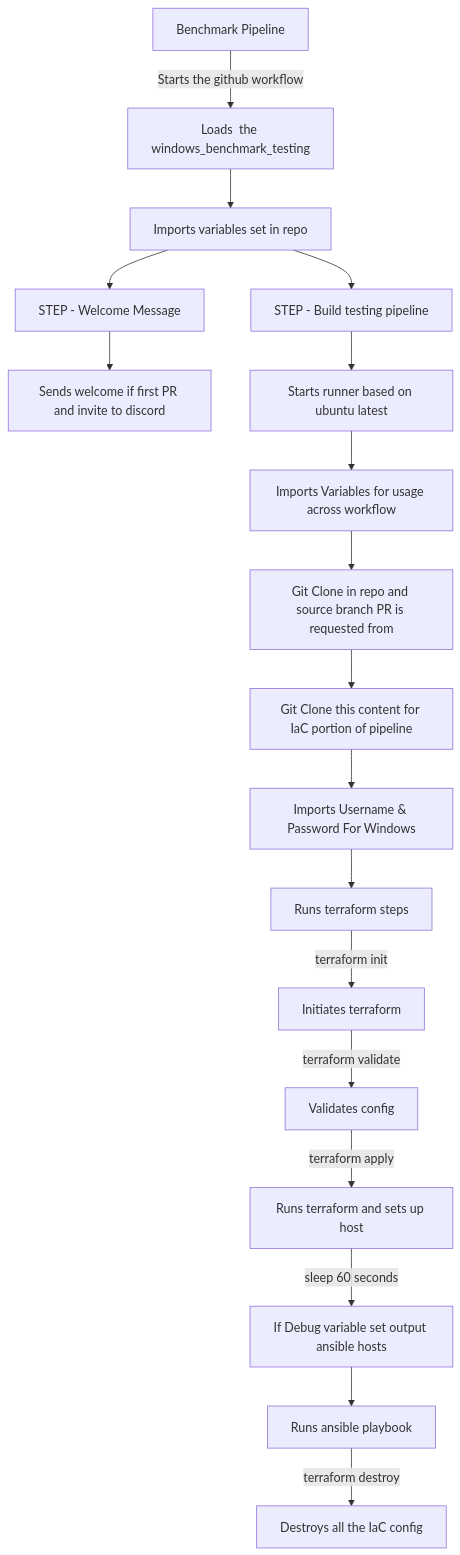
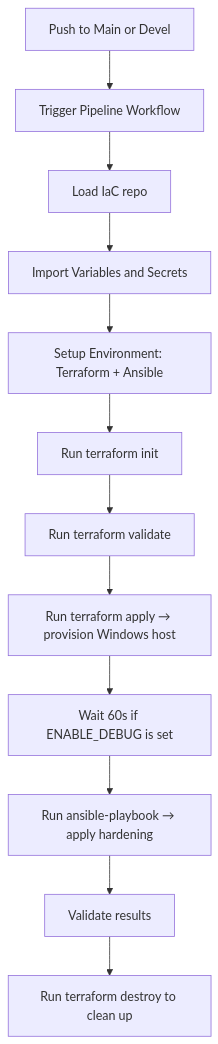
One commit to ansible-lockdown/github_windows_IaC changed the first of 4 diagrams in README.md. Above: the diagram before and after it, drawn with Mermaid. The commit also changed other lines of this file, not shown here.

````diff
--- a/README.md
+++ b/README.md
@@ -81,19 +94,14 @@
 ```mermaid
-   graph TD;
-    A[Benchmark Pipeline] -->|Starts the github workflow|B[Loads  the windows_benchmark_testing]
-    B --> C[Imports variables set in repo]
-    C --> D[STEP - Welcome Message]
-    D --> E[Sends welcome if first PR and invite to discord]
-    C --> F[STEP - Build testing pipeline]
-    F --> G[Starts runner based on ubuntu latest]
-    G --> H[Imports Variables for usage across workflow]
-    H --> I[Git Clone in repo and source branch PR is requested from]
-    I --> J[Git Clone this content for IaC portion of pipeline]
-    J --> K[Imports Username & Password For Windows]
-    K --> L[Runs terraform steps]
-    L -->|terraform init|M[Initiates terraform]
-    M -->|terraform validate|N[Validates config]
-    N -->|terraform apply|O[Runs terraform and sets up host]
-    O -->|sleep 60 seconds|P[If Debug variable set output ansible hosts]
-    P --> Q[Runs ansible playbook] --> |terraform destroy|R[Destroys all the IaC config]
+graph TD;
+  A[Push to Main or Devel] --> B[Trigger Pipeline Workflow]
+  B --> C[Load IaC repo]
+  C --> D[Import Variables and Secrets]
+  D --> E[Setup Environment: Terraform + Ansible]
+  E --> F[Run terraform init]
+  F --> G[Run terraform validate]
+  G --> H[Run terraform apply → provision Windows host]
+  H --> I[Wait 60s if ENABLE_DEBUG is set]
+  I --> J[Run ansible-playbook → apply hardening]
+  J --> K[Validate results]
+  K --> L[Run terraform destroy to clean up]
 ```
````
